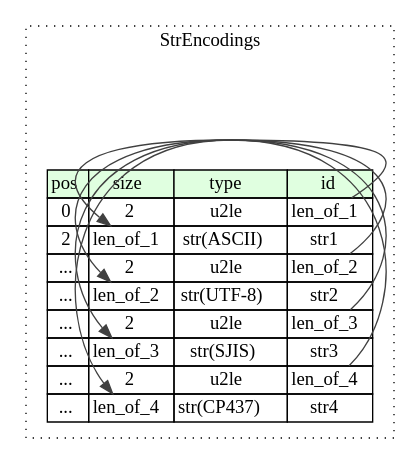
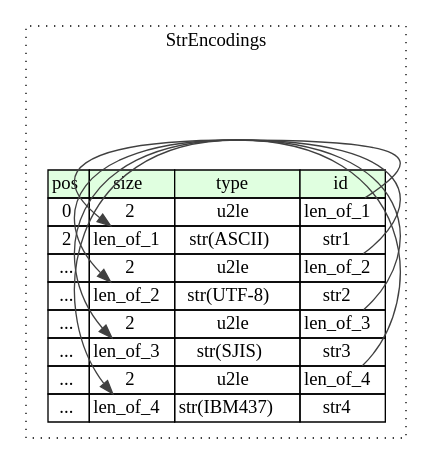
The diagram in compiled/graphviz/str_encodings.dot (kaitai-io/ci_targets), drawn with Graphviz before and after one commit. The commit also changed 279 other files, not shown here.

```diff
--- a/compiled/graphviz/str_encodings.dot
+++ b/compiled/graphviz/str_encodings.dot
@@ -1,24 +1,24 @@
 digraph {
 	rankdir=LR;
 	node [shape=plaintext];
 	subgraph cluster__str_encodings {
 		label="StrEncodings";
 		graph[style=dotted];
 
 		str_encodings__seq [label=<<TABLE BORDER="0" CELLBORDER="1" CELLSPACING="0">
 			<TR><TD BGCOLOR="#E0FFE0">pos</TD><TD BGCOLOR="#E0FFE0">size</TD><TD BGCOLOR="#E0FFE0">type</TD><TD BGCOLOR="#E0FFE0">id</TD></TR>
 			<TR><TD PORT="len_of_1_pos">0</TD><TD PORT="len_of_1_size">2</TD><TD>u2le</TD><TD PORT="len_of_1_type">len_of_1</TD></TR>
 			<TR><TD PORT="str1_pos">2</TD><TD PORT="str1_size">len_of_1</TD><TD>str(ASCII)</TD><TD PORT="str1_type">str1</TD></TR>
 			<TR><TD PORT="len_of_2_pos">...</TD><TD PORT="len_of_2_size">2</TD><TD>u2le</TD><TD PORT="len_of_2_type">len_of_2</TD></TR>
 			<TR><TD PORT="str2_pos">...</TD><TD PORT="str2_size">len_of_2</TD><TD>str(UTF-8)</TD><TD PORT="str2_type">str2</TD></TR>
 			<TR><TD PORT="len_of_3_pos">...</TD><TD PORT="len_of_3_size">2</TD><TD>u2le</TD><TD PORT="len_of_3_type">len_of_3</TD></TR>
 			<TR><TD PORT="str3_pos">...</TD><TD PORT="str3_size">len_of_3</TD><TD>str(SJIS)</TD><TD PORT="str3_type">str3</TD></TR>
 			<TR><TD PORT="len_of_4_pos">...</TD><TD PORT="len_of_4_size">2</TD><TD>u2le</TD><TD PORT="len_of_4_type">len_of_4</TD></TR>
-			<TR><TD PORT="str4_pos">...</TD><TD PORT="str4_size">len_of_4</TD><TD>str(CP437)</TD><TD PORT="str4_type">str4</TD></TR>
+			<TR><TD PORT="str4_pos">...</TD><TD PORT="str4_size">len_of_4</TD><TD>str(IBM437)</TD><TD PORT="str4_type">str4</TD></TR>
 		</TABLE>>];
 	}
 	str_encodings__seq:len_of_1_type -> str_encodings__seq:str1_size [color="#404040"];
 	str_encodings__seq:len_of_2_type -> str_encodings__seq:str2_size [color="#404040"];
 	str_encodings__seq:len_of_3_type -> str_encodings__seq:str3_size [color="#404040"];
 	str_encodings__seq:len_of_4_type -> str_encodings__seq:str4_size [color="#404040"];
 }
```
